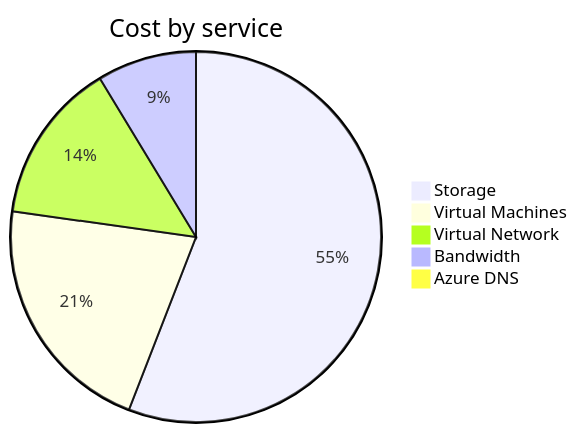
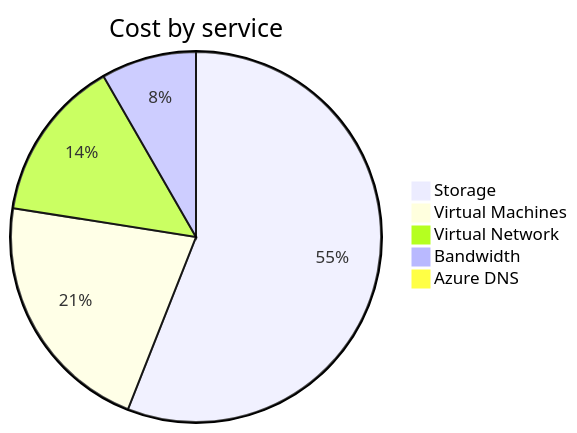
The second of 4 diagrams in cost-reports/personal-network/README.md (jpfulton/azure-personal-reports), drawn with Mermaid before and after one commit. The commit also changed other lines of this file and 8 other files, not shown here.

````diff
--- a/cost-reports/personal-network/README.md
+++ b/cost-reports/personal-network/README.md
@@ -77,9 +99,9 @@
 ```mermaid
 pie
    title Cost by service
-   "Storage" : 17.98
-   "Virtual Machines" : 6.86
-   "Virtual Network" : 4.54
+   "Storage" : 18.80
+   "Virtual Machines" : 7.22
+   "Virtual Network" : 4.77
    "Bandwidth" : 2.79
-   "Azure DNS" : 0.30
+   "Azure DNS" : 0.32
 ```
````
